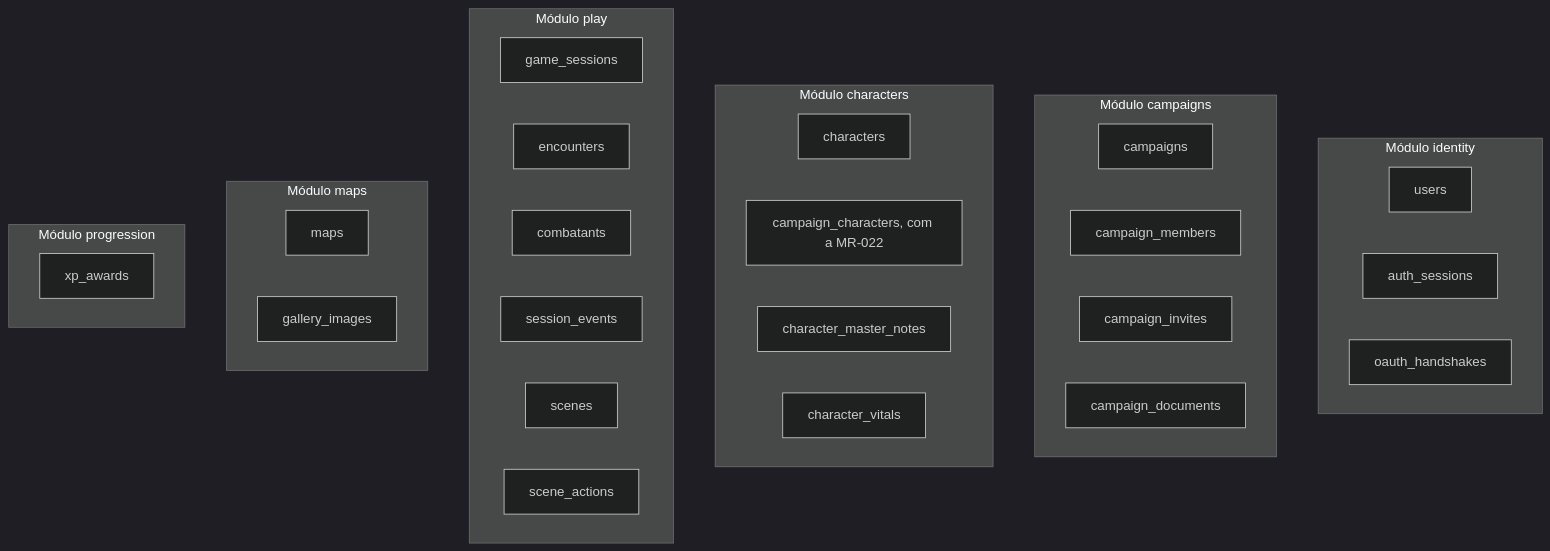
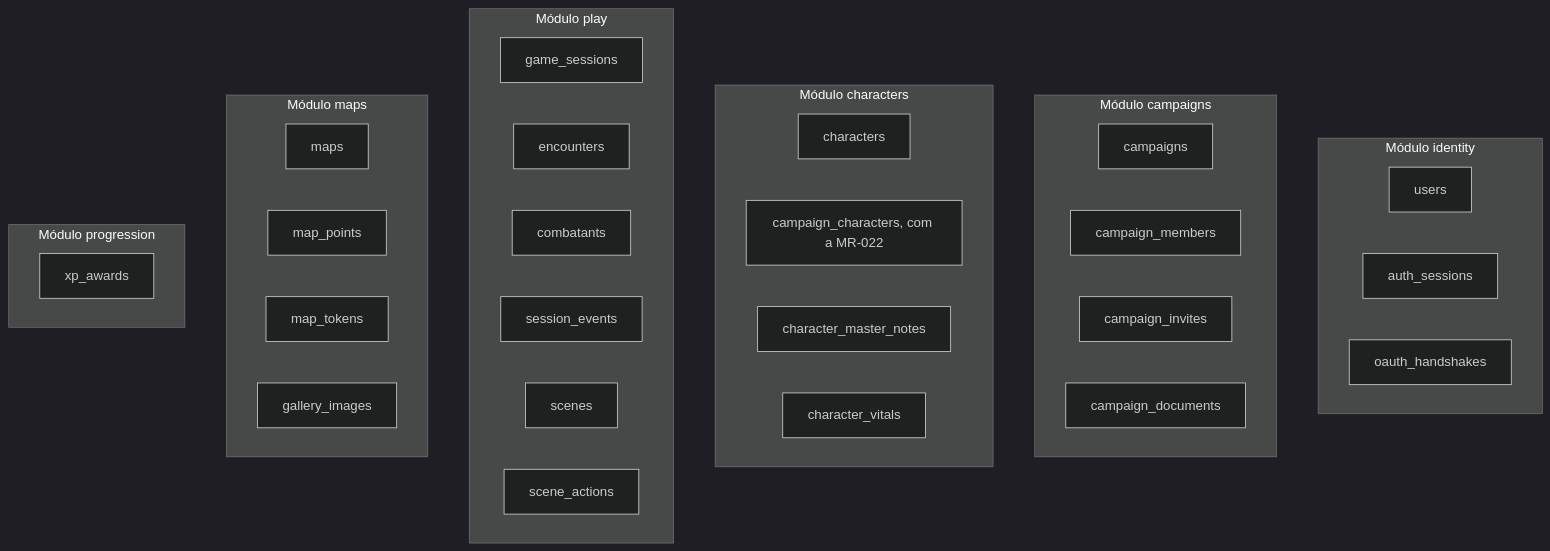
The second of 3 diagrams in docs/dados.md (PuraFome/meuRPG), drawn with Mermaid (dark theme) before and after one commit. The commit also changed other lines of this file and 53 other files, not shown here.

First line of the commit message:
feat(maps): maps, points of interest, tokens and what the session shows

````diff
--- a/docs/dados.md
+++ b/docs/dados.md
@@ -246,40 +248,42 @@
 ```mermaid
 flowchart TD
     subgraph identity["Módulo identity"]
         t_users["users"]
         t_auth_sessions["auth_sessions"]
         t_oauth_handshakes["oauth_handshakes"]
     end
 
     subgraph campaigns_mod["Módulo campaigns"]
         t_campaigns["campaigns"]
         t_campaign_members["campaign_members"]
         t_campaign_invites["campaign_invites"]
         t_campaign_documents["campaign_documents"]
     end
 
     subgraph characters_mod["Módulo characters"]
         t_characters["characters"]
         t_campaign_characters["campaign_characters, com a MR-022"]
         t_character_master_notes["character_master_notes"]
         t_character_vitals["character_vitals"]
     end
 
     subgraph play["Módulo play"]
         t_game_sessions["game_sessions"]
         t_encounters["encounters"]
         t_combatants["combatants"]
         t_session_events["session_events"]
         t_scenes["scenes"]
         t_scene_actions["scene_actions"]
     end
 
     subgraph maps_mod["Módulo maps"]
         t_maps["maps"]
+        t_map_points["map_points"]
+        t_map_tokens["map_tokens"]
         t_gallery_images["gallery_images"]
     end
 
     subgraph progression["Módulo progression"]
         t_xp_awards["xp_awards"]
     end
 ```
````
